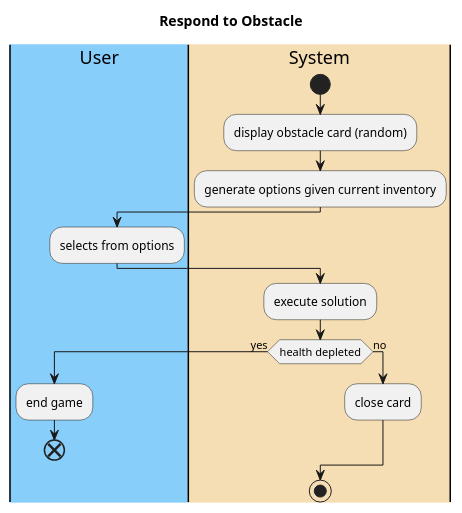
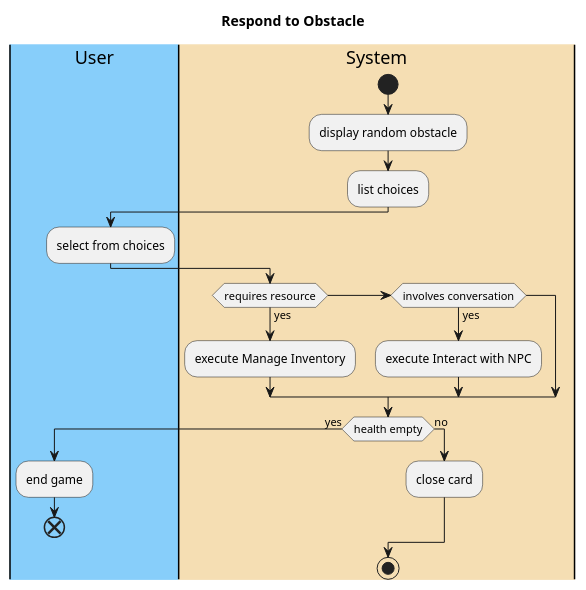
One commit to emutchek/MaraudersAtSea changed the diagram in CMPU_203_PirateGame/doc/use-cases/Respond_To_Obstacles.md. Above: the diagram before and after it, drawn with PlantUML. The commit also changed other lines of this file and 2 other files, not shown here.

Commit message:
edited use cases

````diff
--- a/CMPU_203_PirateGame/doc/use-cases/Respond_To_Obstacles.md
+++ b/CMPU_203_PirateGame/doc/use-cases/Respond_To_Obstacles.md
@@ -34,26 +35,30 @@
 ```PlantUML
 @startuml
 title Respond to Obstacle
 |#LightSkyBlue|User|
 |#Wheat|System|
 
 |System|
 start
-:display obstacle card (random);
-:generate options given current inventory;
+:display random obstacle;
+:list choices;
 |User|
-:selects from options;
+:select from choices;
 |System|
-:execute solution;
-if (health depleted) then (yes)
+if (requires resource) then (yes)
+    :execute Manage Inventory;
+else if (involves conversation) then (yes)
+    :execute Interact with NPC;
+endif
+if (health empty) then (yes)
     |User|
     :end game;
     end
 else (no)
 |System|
 :close card;
 endif
 
 stop
 @enduml
 ```
````
